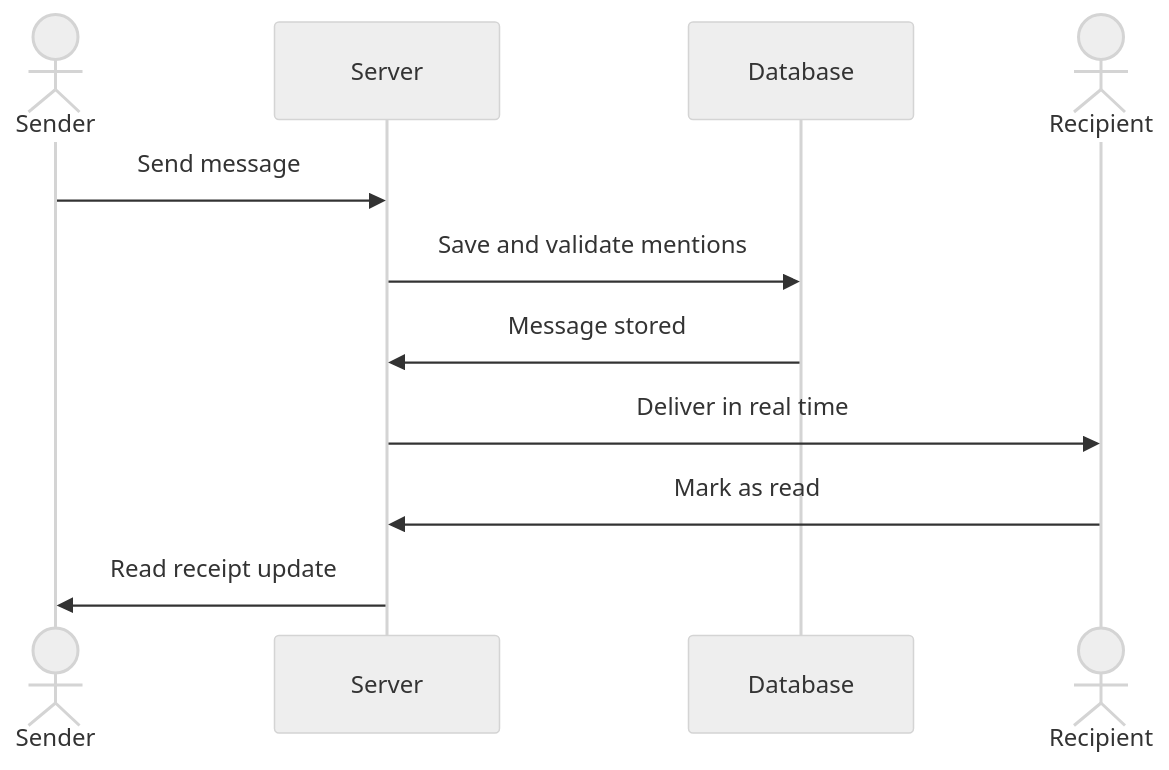
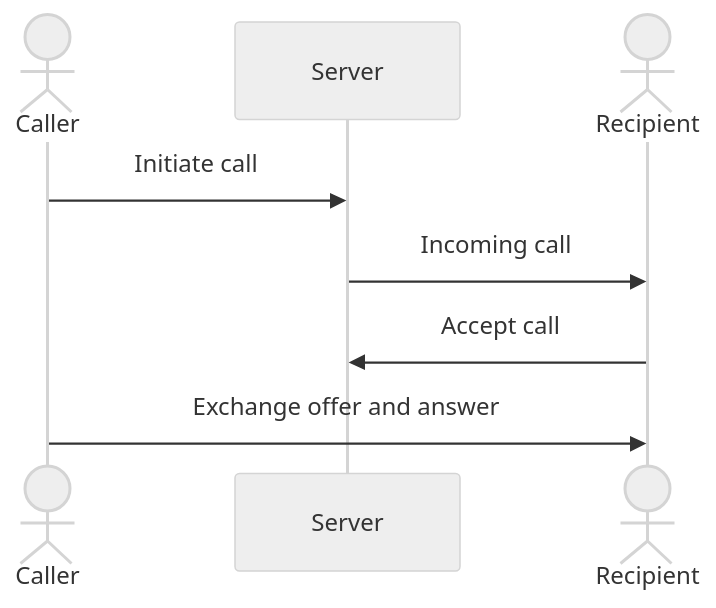
One commit to obed-smart/Huddle changed the fourth of 4 diagrams in server/README.md. Above: the diagram before and after it, drawn with Mermaid (neutral theme). The commit also changed other lines of this file, not shown here.

````diff
--- a/server/README.md
+++ b/server/README.md
@@ -78,14 +78,11 @@
 ```mermaid
 sequenceDiagram
-  actor Sender
-  participant Server
-  participant Database
-  actor Recipient
+    actor Caller
+    participant Server
+    actor Recipient
 
-  Sender->>Server: Send message
-  Server->>Database: Save and validate mentions
-  Database->>Server: Message stored
-  Server->>Recipient: Deliver in real time
-  Recipient->>Server: Mark as read
-  Server->>Sender: Read receipt update
+    Caller->>Server: Initiate call
+    Server->>Recipient: Incoming call
+    Recipient->>Server: Accept call
+    Caller->>Recipient: Exchange offer and answer
 ```
````
